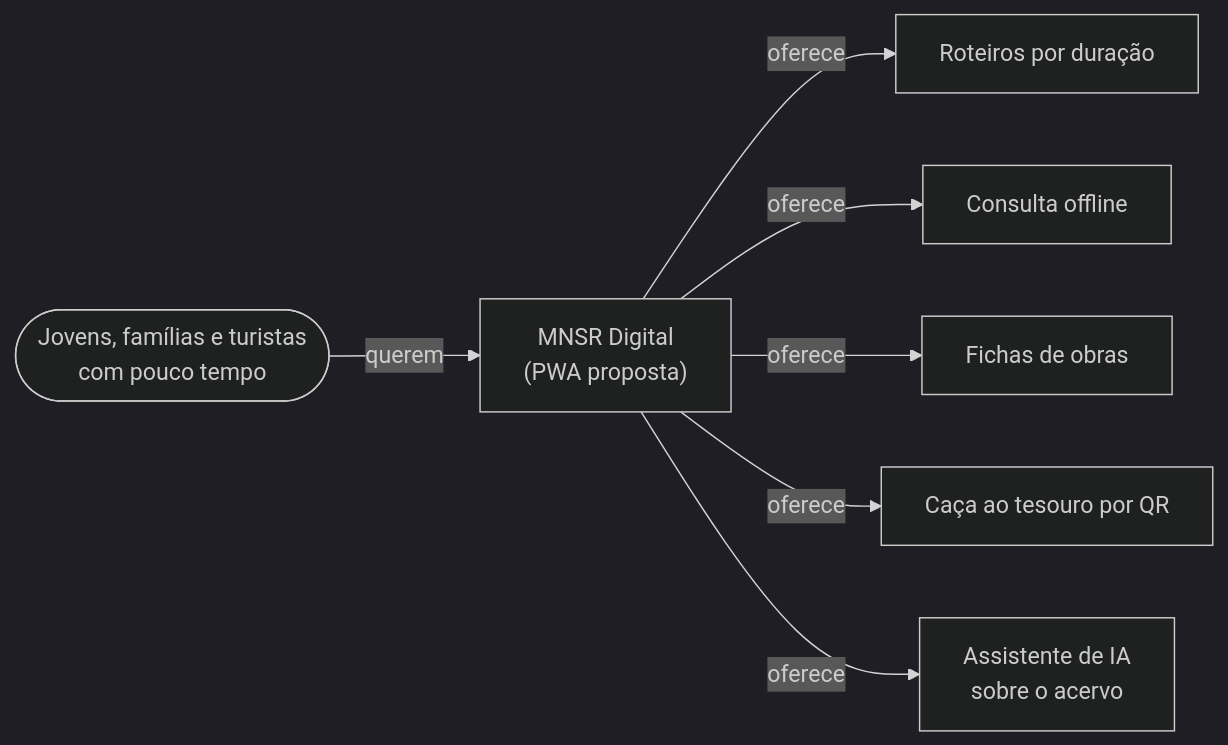
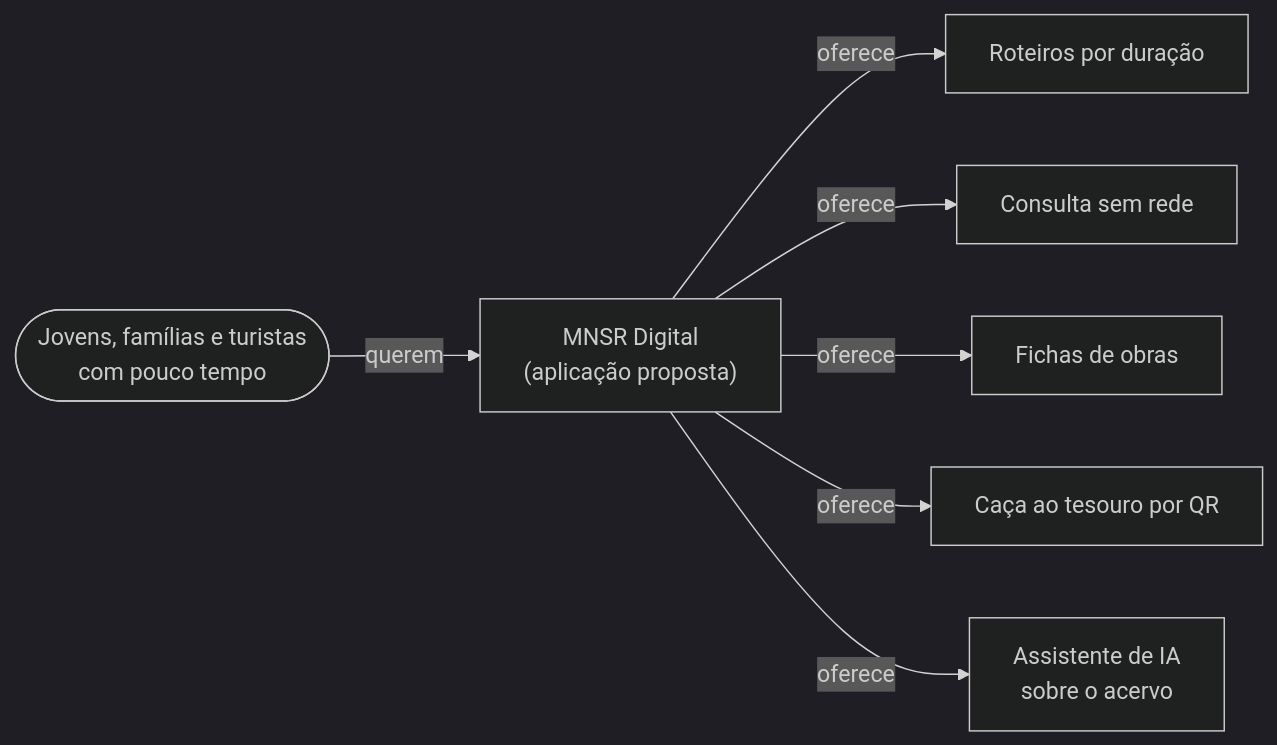
Before and after one commit to PedroRodriguesUFP/Projeto-de-ESOF: the first of 2 diagrams in README.md, drawn with Mermaid (dark theme). The commit also changed other lines of this file, not shown here.

````diff
--- a/README.md
+++ b/README.md
@@ -27,9 +38,9 @@
 ```mermaid
 flowchart LR
-    V(["Jovens, famílias e turistas\ncom pouco tempo"]) -->|querem| APP["MNSR Digital\n(PWA proposta)"]
+    V(["Jovens, famílias e turistas\ncom pouco tempo"]) -->|querem| APP["MNSR Digital\n(aplicação proposta)"]
     APP -->|oferece| F1["Roteiros por duração"]
-    APP -->|oferece| F2["Consulta offline"]
+    APP -->|oferece| F2["Consulta sem rede"]
     APP -->|oferece| F3["Fichas de obras"]
     APP -->|oferece| F4["Caça ao tesouro por QR"]
     APP -->|oferece| F5["Assistente de IA\nsobre o acervo"]
 ```
````
